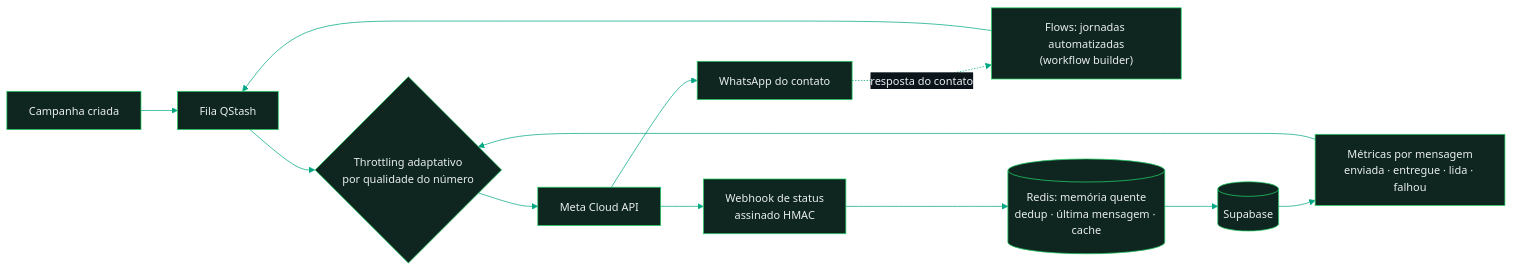
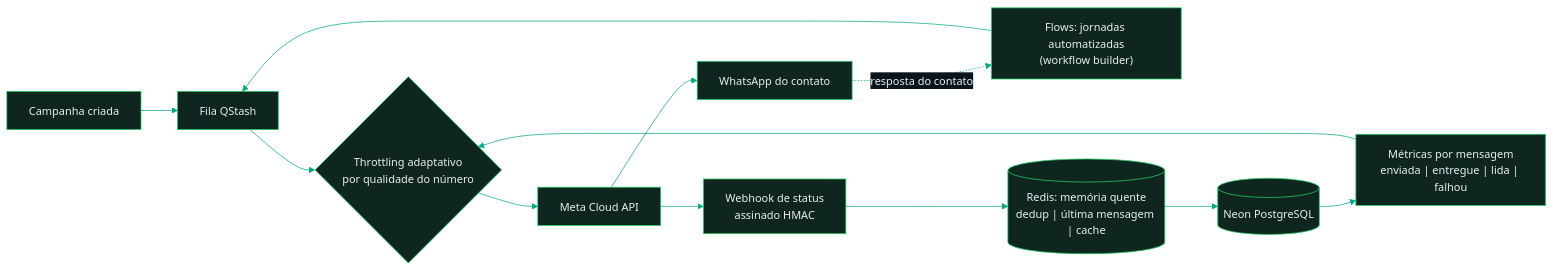
The second of 3 diagrams in docs/architecture/TOPOLOGIA.md (luizxhgomes/whatsflow-engine), drawn with Mermaid before and after one commit. The commit also changed other lines of this file and 3 other files, not shown here.

````diff
--- a/docs/architecture/TOPOLOGIA.md
+++ b/docs/architecture/TOPOLOGIA.md
@@ -77,19 +91,19 @@
 ```mermaid
 %%{init: {'theme':'base','themeVariables':{
   'background':'#0B141A','primaryColor':'#0F2620','primaryTextColor':'#E9EDEF',
   'primaryBorderColor':'#25D366','lineColor':'#00A884','secondaryColor':'#075E54',
   'tertiaryColor':'#111B21','fontSize':'15px','edgeLabelBackground':'#0B141A',
   'clusterBkg':'#111B21','clusterBorder':'#128C7E'}}}%%
 flowchart LR
     A[Campanha criada] --> B[Fila QStash]
     W["Flows: jornadas automatizadas<br/>(workflow builder)"] --> B
     B --> C{"Throttling adaptativo<br/>por qualidade do número"}
     C --> D[Meta Cloud API]
     D --> E[WhatsApp do contato]
     D --> F["Webhook de status<br/>assinado HMAC"]
-    F --> R[("Redis: memória quente<br/>dedup · última mensagem · cache")]
-    R --> G[(Supabase)]
-    G --> H["Métricas por mensagem<br/>enviada · entregue · lida · falhou"]
+    F --> R[("Redis: memória quente<br/>dedup | última mensagem | cache")]
+    R --> G[(Neon PostgreSQL)]
+    G --> H["Métricas por mensagem<br/>enviada | entregue | lida | falhou"]
     E -.->|resposta do contato| W
     H --> C
 ```
````
